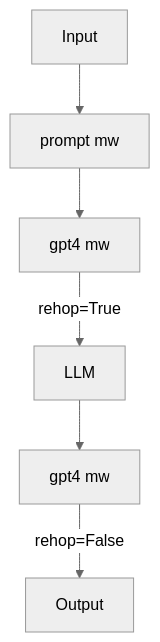
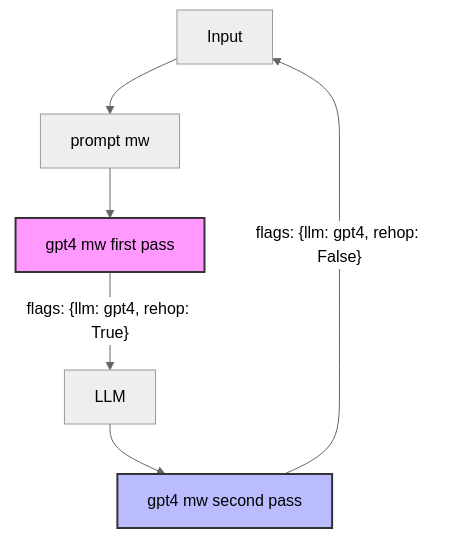
One commit to BrutLogic/cogni changed the third of 3 diagrams in doc/quickstart/how-cogni-works.md. Above: the diagram before and after it, drawn with Mermaid (neutral theme).

Commit message:
docs: Update mermaid diagram to show cyclic flow with first and second pass annotations

````diff
--- a/doc/quickstart/how-cogni-works.md
+++ b/doc/quickstart/how-cogni-works.md
@@ -262,8 +262,17 @@
 ```mermaid
 graph TD
     A[Input] --> B[prompt mw]
-    B --> C[gpt4 mw]
-    C -->|rehop=True| D[LLM]
-    D --> E[gpt4 mw]
-    E -->|rehop=False| F[Output]
+    B --> C[gpt4 mw first pass]
+    C -->|"flags: {llm: gpt4, rehop: True}"| D[LLM]
+    D --> E[gpt4 mw second pass]
+    E -->|"flags: {llm: gpt4, rehop: False}"| A
+    
+    style C fill:#f9f,stroke:#333,stroke-width:2px
+    style E fill:#bbf,stroke:#333,stroke-width:2px
+    
+    classDef firstPass fill:#f9f,stroke:#333,stroke-width:2px;
+    classDef secondPass fill:#bbf,stroke:#333,stroke-width:2px;
+    
+    class C firstPass;
+    class E secondPass;
 ```
````
